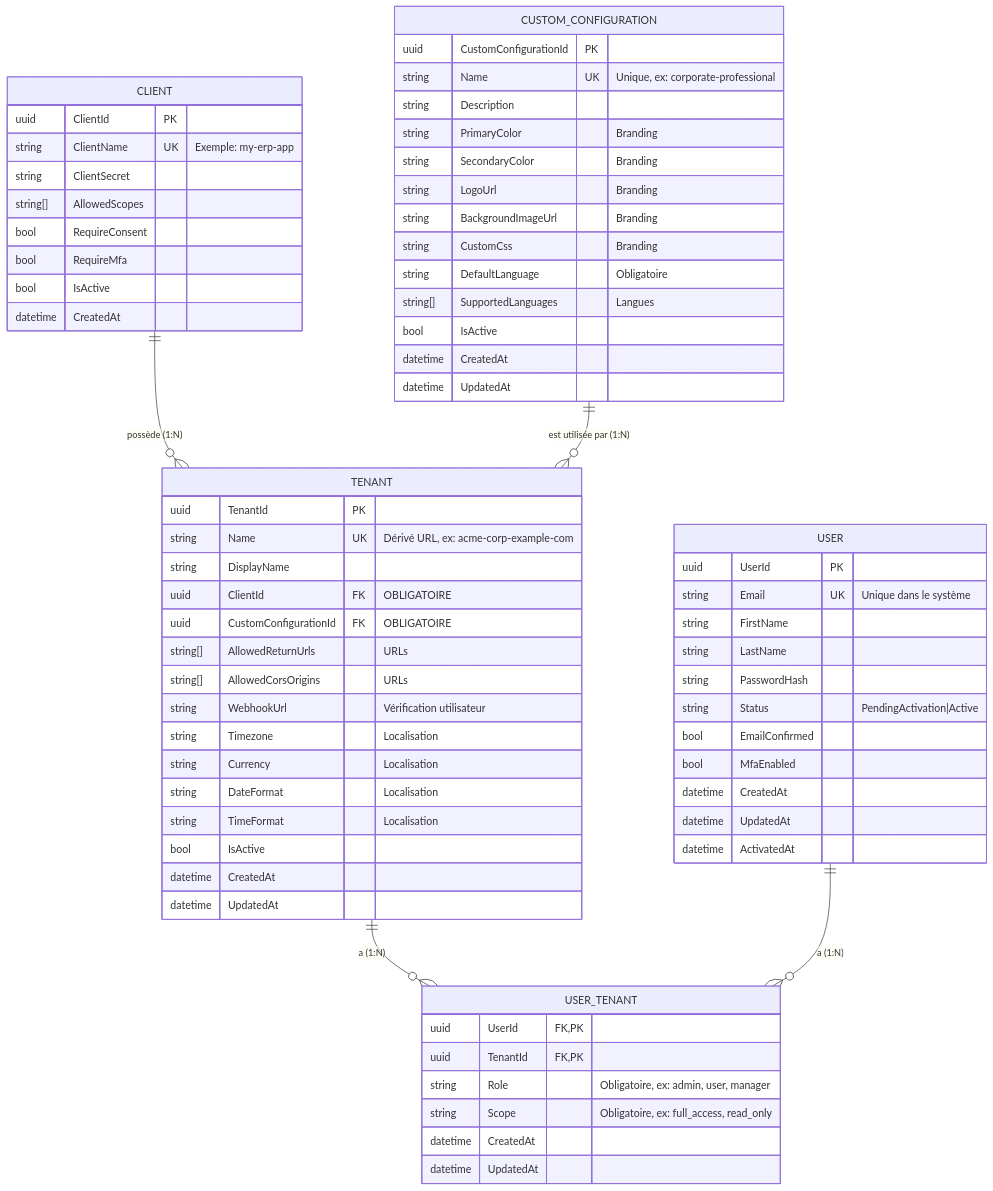
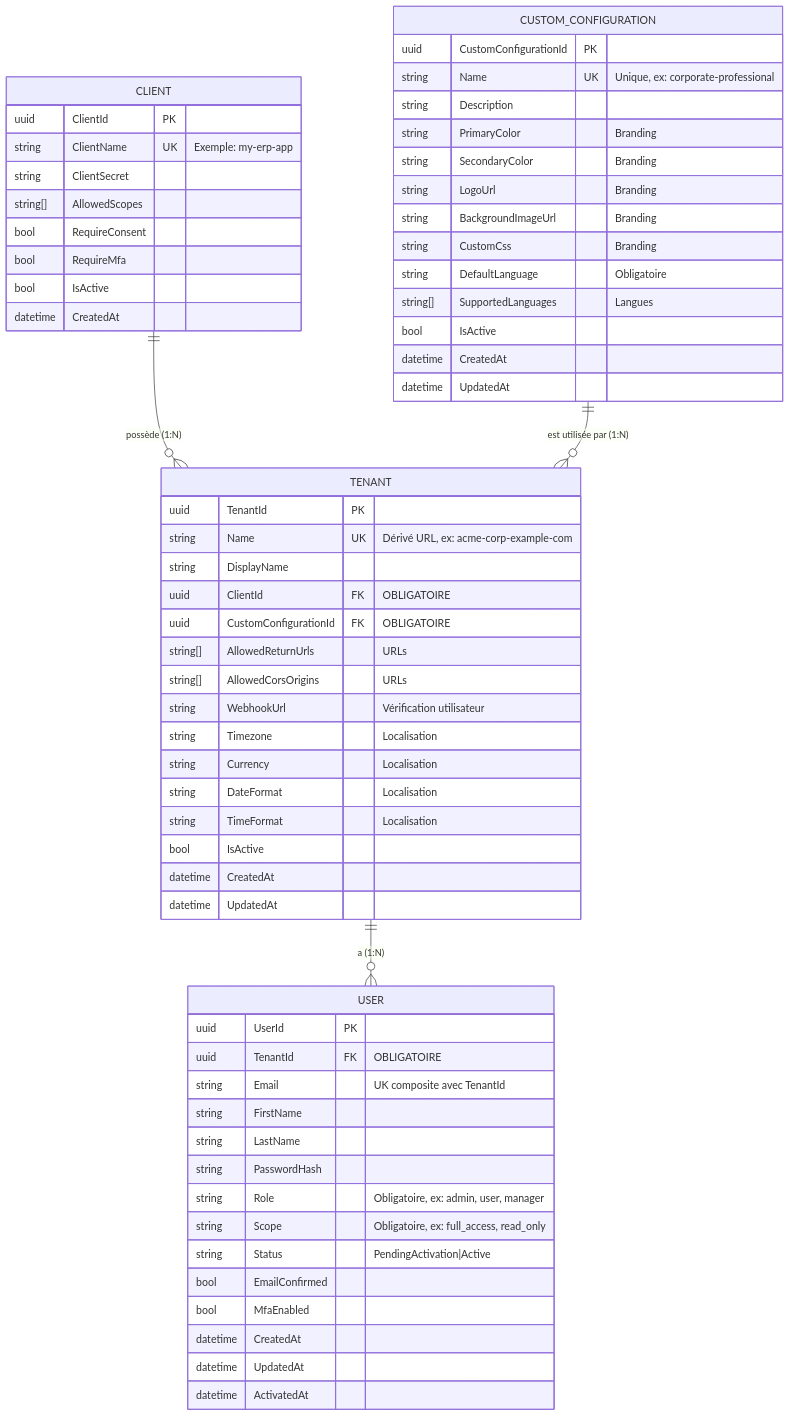
One commit to FantasticJoho/johodp changed the first of 12 diagrams in USE_CASES.md. Above: the diagram before and after it, drawn with Mermaid. The commit also changed other lines of this file and 109 other files, not shown here.

Commit message:
Refactor database migrations and configurations; remove unused UserTenant entity and tests; introduce CustomConfiguration entity and repository; update User and Tenant configurations to support new relationships and properties.

````diff
--- a/USE_CASES.md
+++ b/USE_CASES.md
@@ -242,75 +241,68 @@
 ```mermaid
 erDiagram
     CLIENT ||--o{ TENANT : "possède (1:N)"
     CUSTOM_CONFIGURATION ||--o{ TENANT : "est utilisée par (1:N)"
-    TENANT ||--o{ USER_TENANT : "a (1:N)"
-    USER ||--o{ USER_TENANT : "a (1:N)"
+    TENANT ||--o{ USER : "a (1:N)"
     
     CLIENT {
         uuid ClientId PK
         string ClientName UK "Exemple: my-erp-app"
         string ClientSecret
         string[] AllowedScopes
         bool RequireConsent
         bool RequireMfa
         bool IsActive
         datetime CreatedAt
     }
     
     CUSTOM_CONFIGURATION {
         uuid CustomConfigurationId PK
         string Name UK "Unique, ex: corporate-professional"
         string Description
         string PrimaryColor "Branding"
         string SecondaryColor "Branding"
         string LogoUrl "Branding"
         string BackgroundImageUrl "Branding"
         string CustomCss "Branding"
         string DefaultLanguage "Obligatoire"
         string[] SupportedLanguages "Langues"
         bool IsActive
         datetime CreatedAt
         datetime UpdatedAt
     }
     
     TENANT {
         uuid TenantId PK
         string Name UK "Dérivé URL, ex: acme-corp-example-com"
         string DisplayName
         uuid ClientId FK "OBLIGATOIRE"
         uuid CustomConfigurationId FK "OBLIGATOIRE"
         string[] AllowedReturnUrls "URLs"
         string[] AllowedCorsOrigins "URLs"
         string WebhookUrl "Vérification utilisateur"
         string Timezone "Localisation"
         string Currency "Localisation"
         string DateFormat "Localisation"
         string TimeFormat "Localisation"
         bool IsActive
         datetime CreatedAt
         datetime UpdatedAt
     }
     
     USER {
         uuid UserId PK
-        string Email UK "Unique dans le système"
+        uuid TenantId FK "OBLIGATOIRE"
+        string Email "UK composite avec TenantId"
         string FirstName
         string LastName
         string PasswordHash
+        string Role "Obligatoire, ex: admin, user, manager"
+        string Scope "Obligatoire, ex: full_access, read_only"
         string Status "PendingActivation|Active"
         bool EmailConfirmed
         bool MfaEnabled
         datetime CreatedAt
         datetime UpdatedAt
         datetime ActivatedAt
     }
-    
-    USER_TENANT {
-        uuid UserId FK,PK
-        uuid TenantId FK,PK
-        string Role "Obligatoire, ex: admin, user, manager"
-        string Scope "Obligatoire, ex: full_access, read_only"
-        datetime CreatedAt
-        datetime UpdatedAt
-    }
 ```
````
